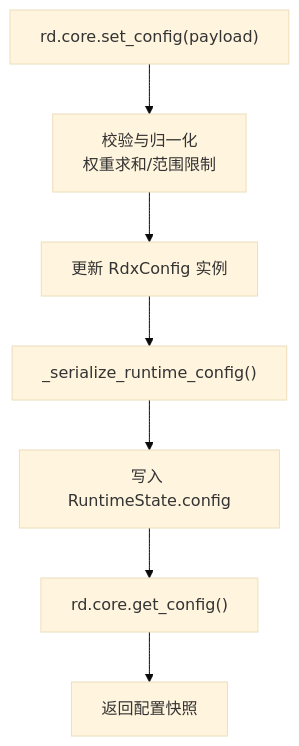
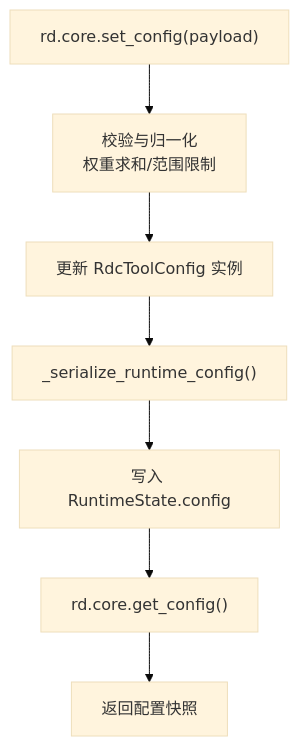
One commit to haolange/RDC-Tool changed the fifth of 7 diagrams in .qoder/repowiki/zh/content/API规范/核心与环境管理API.md. Above: the diagram before and after it, drawn with Mermaid (base theme). The commit also changed other lines of this file and 388 other files, not shown here.

First line of the commit message:
Release RDC-Tool identity and public maintenance surface

````diff
--- a/.qoder/repowiki/zh/content/API规范/核心与环境管理API.md
+++ b/.qoder/repowiki/zh/content/API规范/核心与环境管理API.md
@@ -186,9 +186,9 @@
 ```mermaid
 flowchart TD
 SetCfg["rd.core.set_config(payload)"] --> Validate["校验与归一化<br/>权重求和/范围限制"]
-Validate --> UpdateCfg["更新 RdxConfig 实例"]
+Validate --> UpdateCfg["更新 RdcToolConfig 实例"]
 UpdateCfg --> Serialize["_serialize_runtime_config()"]
 Serialize --> Store["写入 RuntimeState.config"]
 Store --> GetCfg["rd.core.get_config()"]
 GetCfg --> Return["返回配置快照"]
 ```
````
